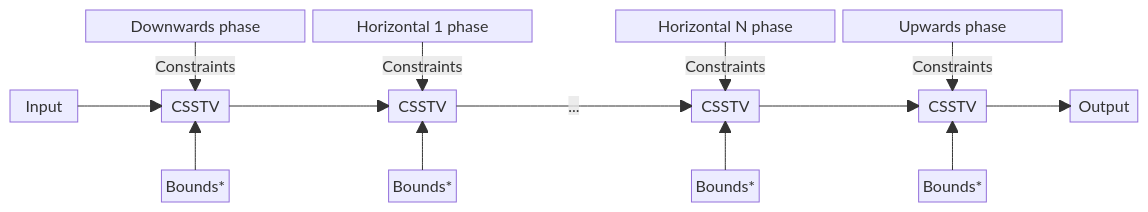
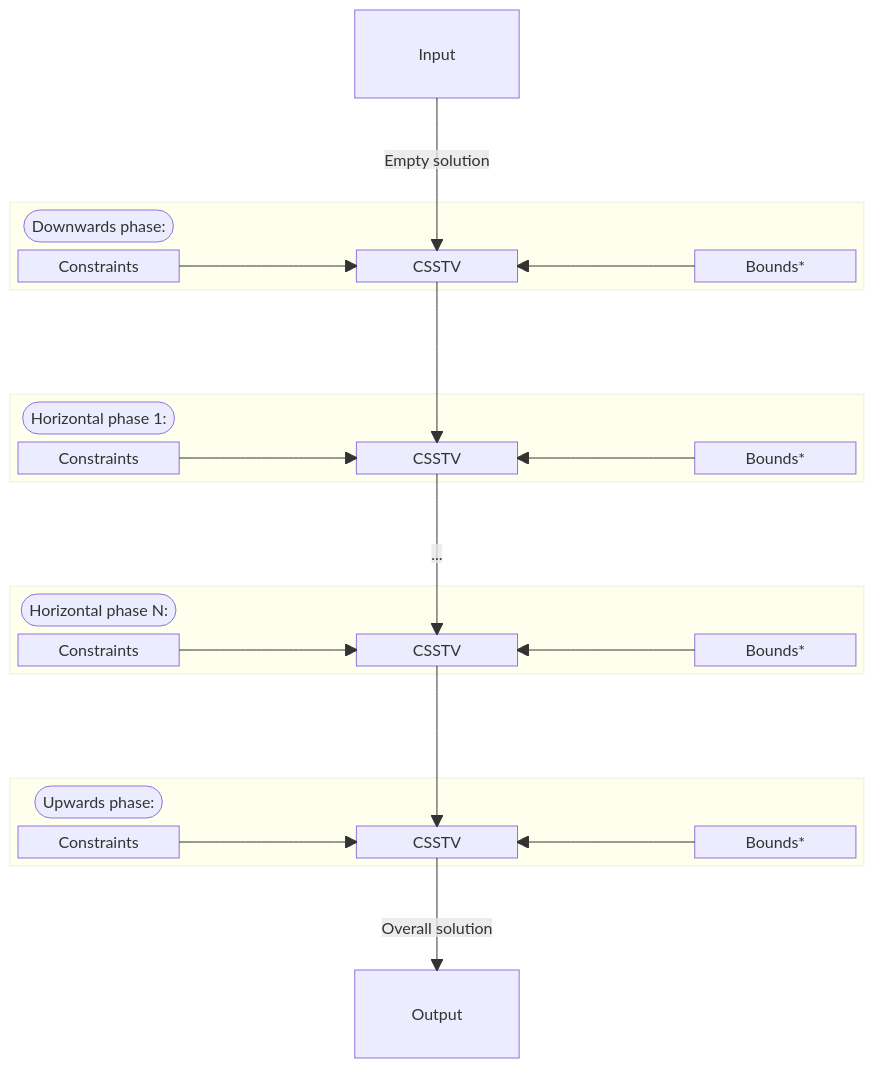
The second of 4 diagrams in accepted/future-releases/3009-inference-using-bounds/feature-specification.md (dart-lang/language), drawn with Mermaid before and after one commit. The commit also changed other lines of this file, not shown here.

Commit message:
Make the diagrams top-down instead of left-to-right
That should improve the readability, since the new layout makes the
nodes bigger.

````diff
--- a/accepted/future-releases/3009-inference-using-bounds/feature-specification.md
+++ b/accepted/future-releases/3009-inference-using-bounds/feature-specification.md
@@ -118,54 +126,93 @@
 ```mermaid
 block-beta
-  columns 15
-
-  space
-  downwards["Downwards phase"]:3
-  horizontal1["Horizontal 1 phase"]:3
-  space
-  horizontalN["Horizontal N phase"]:3
-  upwards["Upwards phase"]:3
-  space
-
-  space:15
-
-  inputOverall["Input"]
-  space
-  csstvDownwards["CSSTV"]
-  space:2
-  csstvHorizontal1["CSSTV"]
-  space:3
-  csstvHorizontalN["CSSTV"]
-  space:2
-  csstvUpwards["CSSTV"]
-  space
-  outputOverall["Output"]
-
-  space:15
+  columns 5
 
   space:2
-  boundsDownwards["Bounds*"]
-  space:2
-  boundsHorizontal1["Bounds*"]
-  space:3
-  boundsHorizontalN["Bounds*"]
-  space:2
-  boundsUpwards["Bounds*"]
+  overallInput["Input"]
   space:2
 
-  downwards -- "Constraints" --> csstvDownwards
-  horizontal1 -- "Constraints" --> csstvHorizontal1
-  horizontalN -- "Constraints" --> csstvHorizontalN
-  upwards -- "Constraints" --> csstvUpwards
+  space:5
 
-  inputOverall --> csstvDownwards
+  block:downwards:5
+    columns 5
+
+    commentDownwardsConstraints(["Downwards phase:"])
+    space:4
+
+    constraintsDownwards["Constraints"]
+    space
+    csstvDownwards["CSSTV"]
+    space
+    boundsDownwards["Bounds*"]
+  end
+
+  space:5
+
+  block:horizontal1:5
+    columns 5
+
+    commentHorizontal1Constraints(["Horizontal phase 1:"])
+    space:4
+
+    constraintsHorizontal1["Constraints"]
+    space
+    csstvHorizontal1["CSSTV"]
+    space
+    boundsHorizontal1["Bounds*"]
+  end
+
+  space:5
+
+  block:horizontalN:5
+    columns 5
+
+    commentHorizontalNConstraints(["Horizontal phase N:"])
+    space:4
+
+    constraintsHorizontalN["Constraints"]
+    space
+    csstvHorizontalN["CSSTV"]
+    space
+    boundsHorizontalN["Bounds*"]
+  end
+
+  space:5
+
+  block:upwards:5
+    columns 5
+
+    commentUpwardsConstraints(["Upwards phase:"])
+    space:4
+
+    constraintsUpwards["Constraints"]
+    space
+    csstvUpwards["CSSTV"]
+    space
+    boundsUpwards["Bounds*"]
+  end
+
+  space:5
+
+  space:2
+  overallOutput["Output"]
+  space:2
+
+  overallInput -- "Empty solution" --> csstvDownwards
+
+  constraintsDownwards --> csstvDownwards
+  boundsDownwards --> csstvDownwards
   csstvDownwards --> csstvHorizontal1
+
+  constraintsHorizontal1 --> csstvHorizontal1
+  boundsHorizontal1 --> csstvHorizontal1
   csstvHorizontal1 -- "..." --> csstvHorizontalN
+
+  constraintsHorizontalN --> csstvHorizontalN
+  boundsHorizontalN --> csstvHorizontalN
   csstvHorizontalN --> csstvUpwards
-  csstvUpwards --> outputOverall
 
-  boundsDownwards --> csstvDownwards
-  boundsHorizontal1 --> csstvHorizontal1
-  boundsHorizontalN --> csstvHorizontalN
+  constraintsUpwards --> csstvUpwards
   boundsUpwards --> csstvUpwards
+
+  csstvUpwards -- "Overall solution" --> overallOutput
 ```
````
